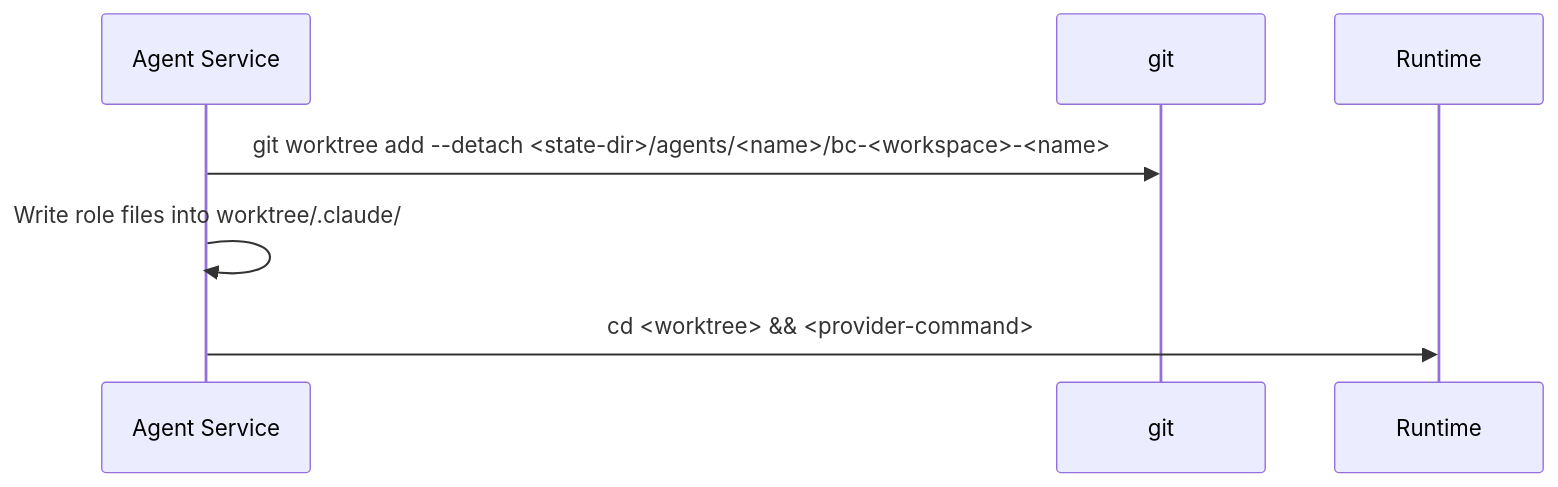
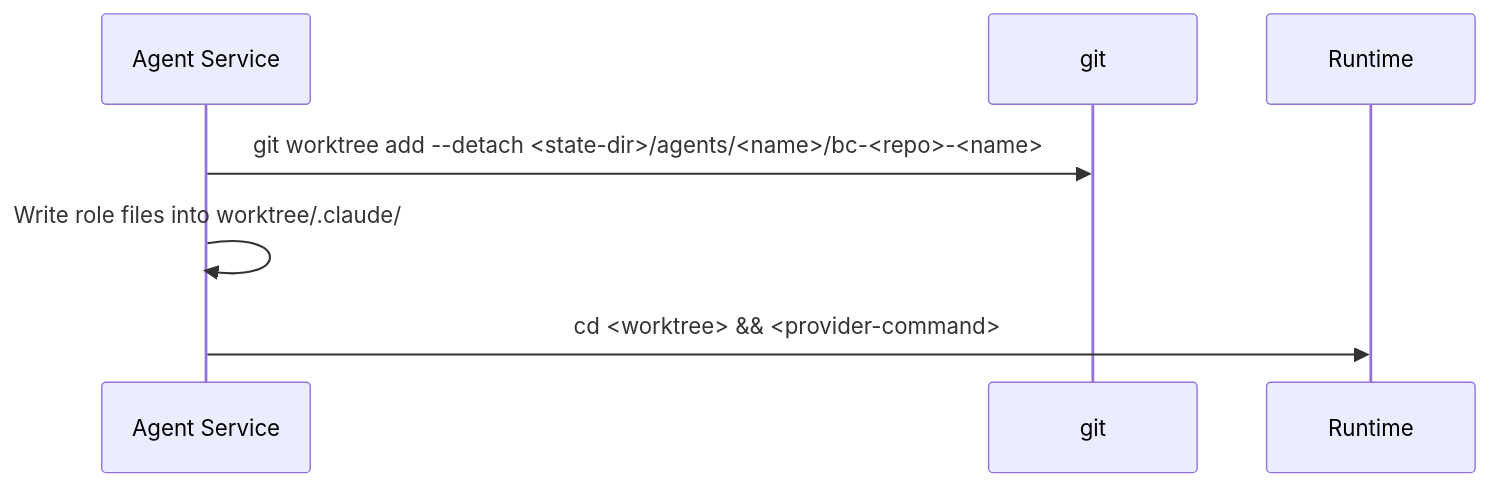
The second of 3 diagrams in docs/explanation/agents.md (rpuneet/bc), drawn with Mermaid before and after one commit. The commit also changed other lines of this file and 24 other files, not shown here.

First line of the commit message:
docs: align every page with the repo-era architecture

````diff
--- a/docs/explanation/agents.md
+++ b/docs/explanation/agents.md
@@ -90,10 +88,10 @@
 ```mermaid
 sequenceDiagram
     participant Svc as Agent Service
     participant Git as git
     participant RT as Runtime
 
-    Svc->>Git: git worktree add --detach <state-dir>/agents/<name>/bc-<workspace>-<name>
+    Svc->>Git: git worktree add --detach <state-dir>/agents/<name>/bc-<repo>-<name>
     Svc->>Svc: Write role files into worktree/.claude/
     Svc->>RT: cd <worktree> && <provider-command>
 ```
````
